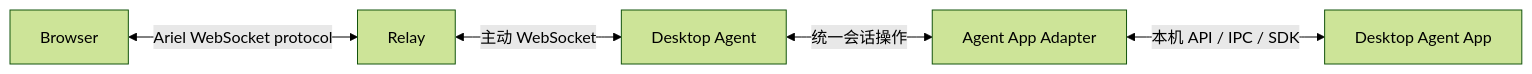
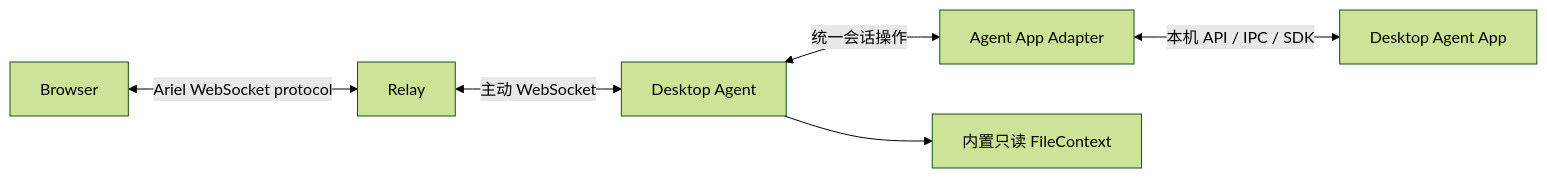
Before and after one commit to wu8685/Ariel: the diagram in docs/architecture/overview.md, drawn with Mermaid (forest theme). The commit also changed other lines of this file and 73 other files, not shown here.

````diff
--- a/docs/architecture/overview.md
+++ b/docs/architecture/overview.md
@@ -9,7 +9,8 @@
 ```mermaid
 flowchart LR
   Browser["Browser"] <-->|Ariel WebSocket protocol| Relay["Relay"]
   Relay <-->|主动 WebSocket| Agent["Desktop Agent"]
   Agent <-->|统一会话操作| Adapter["Agent App Adapter"]
   Adapter <-->|本机 API / IPC / SDK| App["Desktop Agent App"]
+  Agent --> Files["内置只读 FileContext"]
 ```
````
